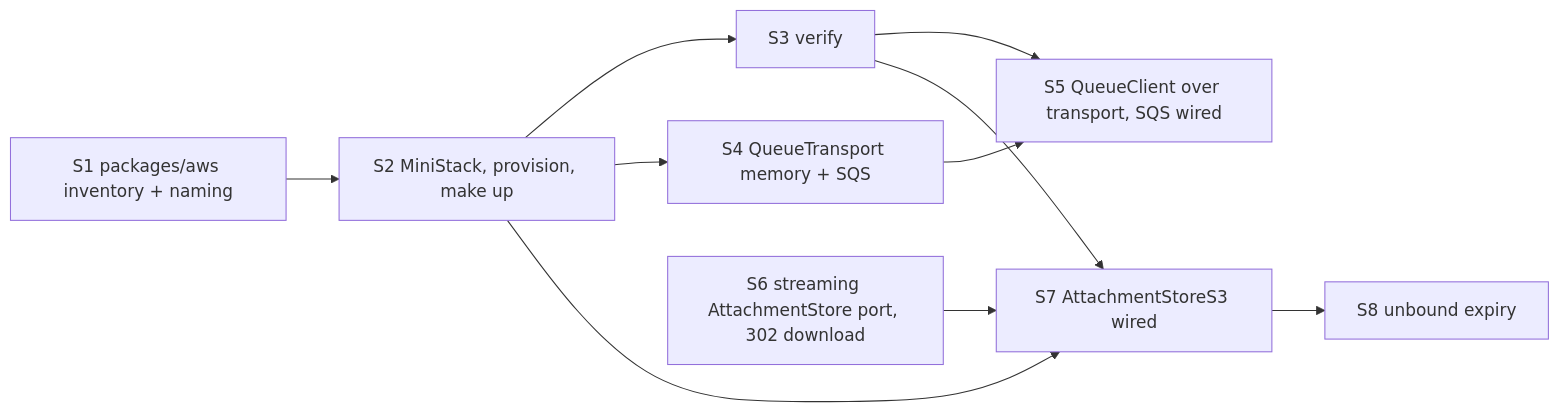
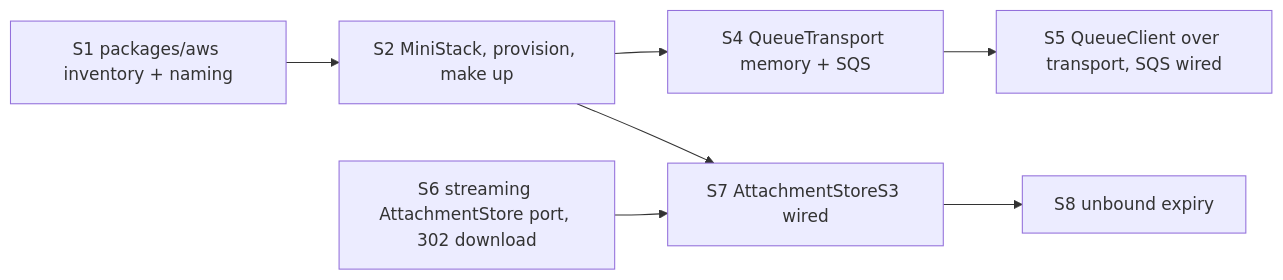
The diagram in docs/tickets/2026-10-19-1448_aws-local/plan.md (khotei/app-template), drawn with Mermaid before and after one commit. The commit also changed other lines of this file and 3 other files, not shown here.

````diff
--- a/docs/tickets/2026-10-19-1448_aws-local/plan.md
+++ b/docs/tickets/2026-10-19-1448_aws-local/plan.md
@@ -32,13 +32,10 @@
 ```mermaid
 graph LR
   S1[S1 packages/aws inventory + naming] --> S2[S2 MiniStack, provision, make up]
-  S2 --> S3[S3 verify]
   S2 --> S4[S4 QueueTransport memory + SQS]
-  S3 --> S5[S5 QueueClient over transport, SQS wired]
-  S4 --> S5
+  S4 --> S5[S5 QueueClient over transport, SQS wired]
   S6[S6 streaming AttachmentStore port, 302 download]
   S2 --> S7[S7 AttachmentStoreS3 wired]
-  S3 --> S7
   S6 --> S7
   S7 --> S8[S8 unbound expiry]
 ```
````
